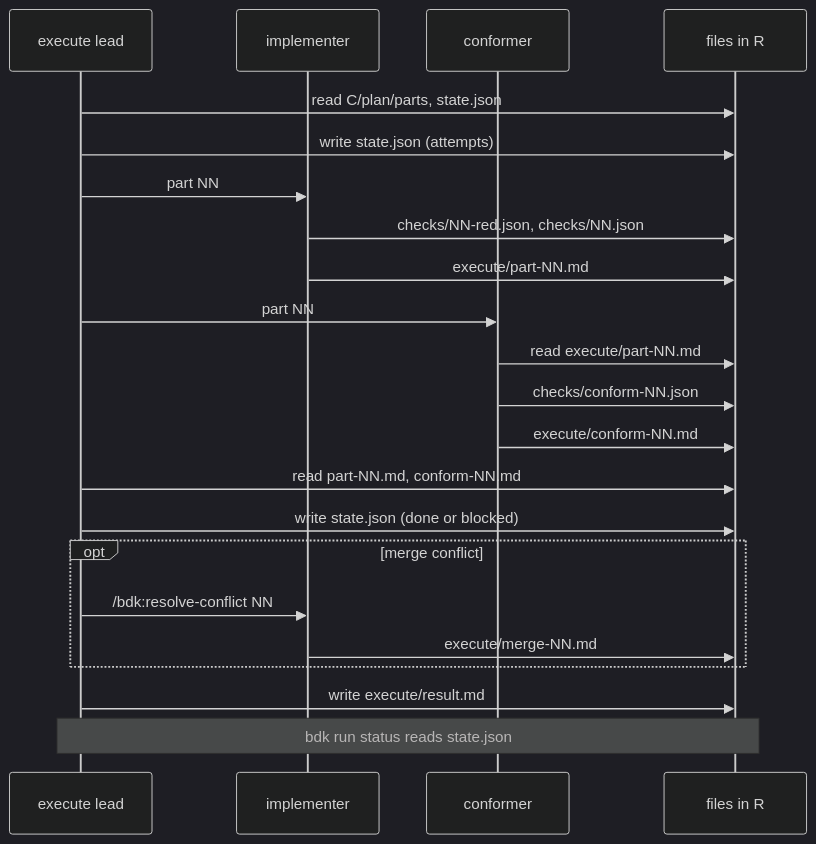
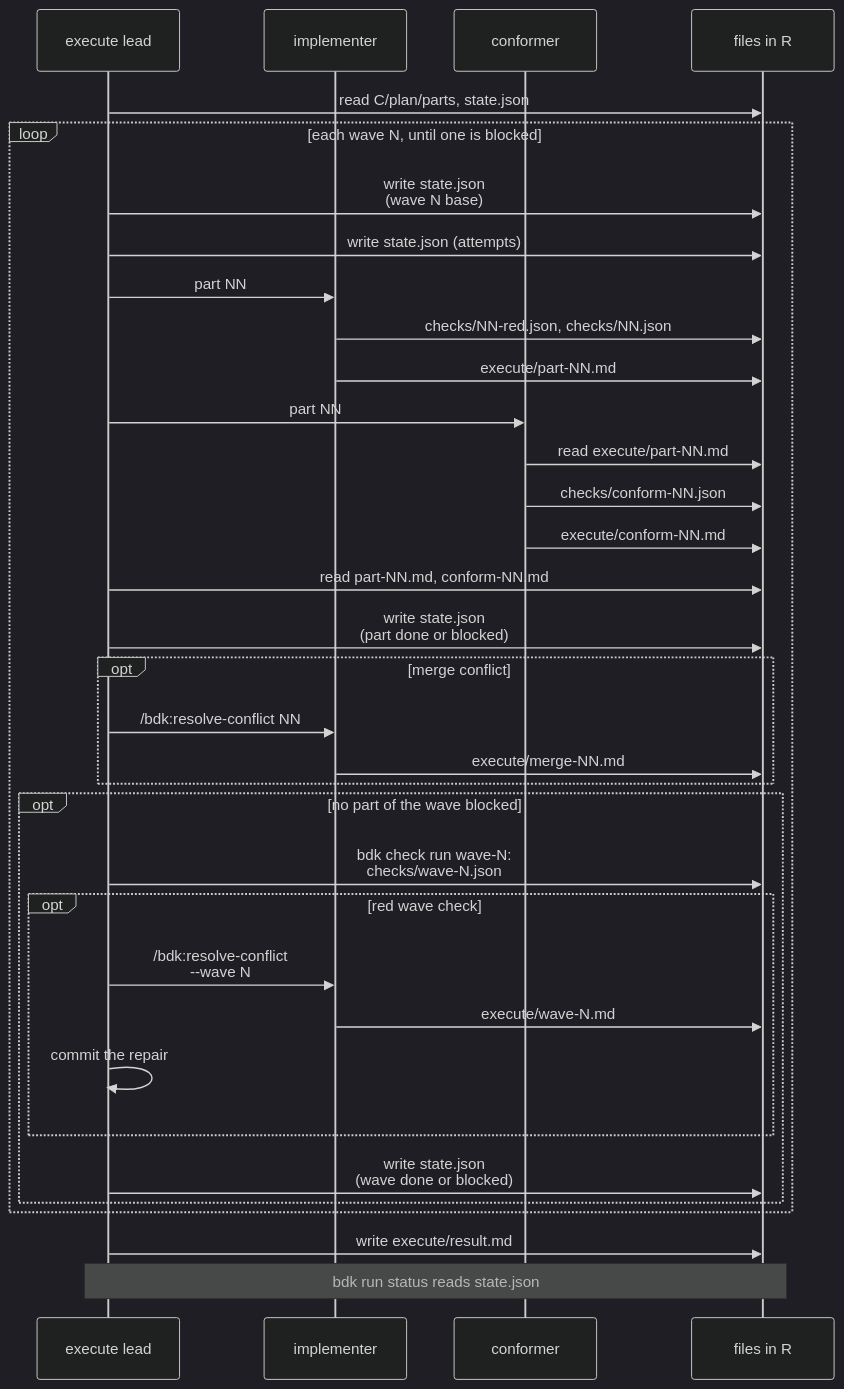
One commit to broneq/bdk changed the second of 5 diagrams in docs/concepts/run-state.md. Above: the diagram before and after it, drawn with Mermaid (dark theme). The commit also changed other lines of this file and 14 other files, not shown here.

First line of the commit message:
docs(concepts): bring the diagrams up to date with the skills

````diff
--- a/docs/concepts/run-state.md
+++ b/docs/concepts/run-state.md
@@ -117,24 +117,36 @@
 ```mermaid
 sequenceDiagram
   participant L as execute lead
   participant I as implementer
   participant F as conformer
   participant R as files in R
   L->>R: read C/plan/parts, state.json
-  L->>R: write state.json (attempts)
-  L->>I: part NN
-  I->>R: checks/NN-red.json, checks/NN.json
-  I->>R: execute/part-NN.md
-  L->>F: part NN
-  F->>R: read execute/part-NN.md
-  F->>R: checks/conform-NN.json
-  F->>R: execute/conform-NN.md
-  L->>R: read part-NN.md, conform-NN.md
-  L->>R: write state.json (done or blocked)
-  opt merge conflict
-    L->>I: /bdk:resolve-conflict NN
-    I->>R: execute/merge-NN.md
+  loop each wave N, until one is blocked
+    L->>R: write state.json<br/>(wave N base)
+    L->>R: write state.json (attempts)
+    L->>I: part NN
+    I->>R: checks/NN-red.json, checks/NN.json
+    I->>R: execute/part-NN.md
+    L->>F: part NN
+    F->>R: read execute/part-NN.md
+    F->>R: checks/conform-NN.json
+    F->>R: execute/conform-NN.md
+    L->>R: read part-NN.md, conform-NN.md
+    L->>R: write state.json<br/>(part done or blocked)
+    opt merge conflict
+      L->>I: /bdk:resolve-conflict NN
+      I->>R: execute/merge-NN.md
+    end
+    opt no part of the wave blocked
+      L->>R: bdk check run wave-N:<br/>checks/wave-N.json
+      opt red wave check
+        L->>I: /bdk:resolve-conflict<br/>--wave N
+        I->>R: execute/wave-N.md
+        L->>L: commit the repair
+      end
+      L->>R: write state.json<br/>(wave done or blocked)
+    end
   end
   L->>R: write execute/result.md
   Note over L,R: bdk run status reads state.json
 ```
````
